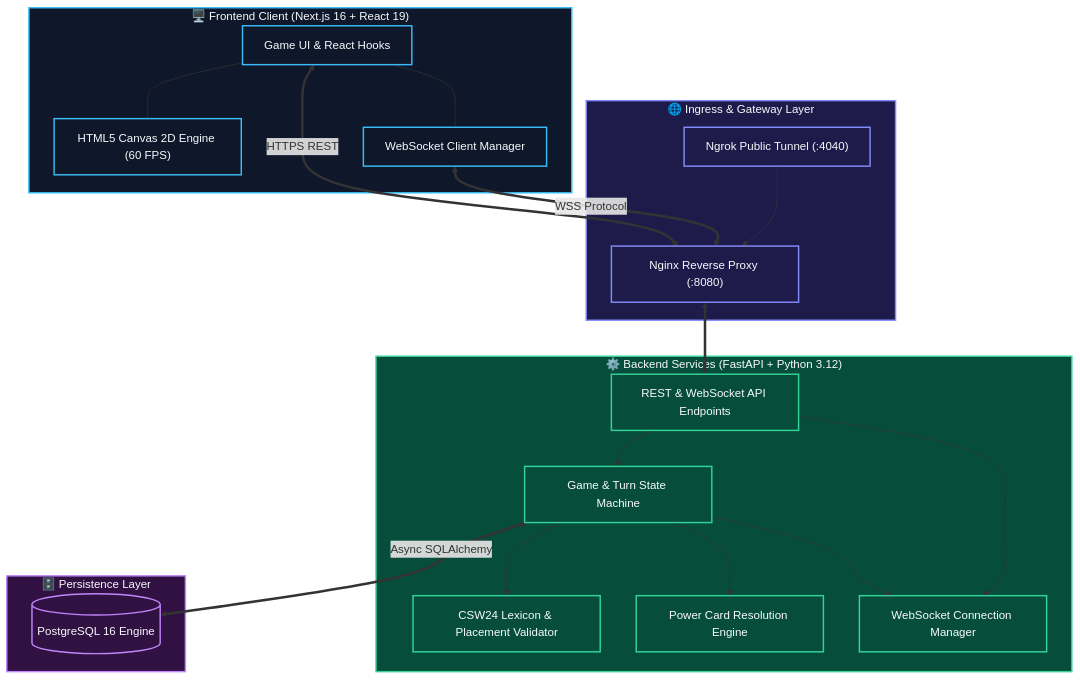
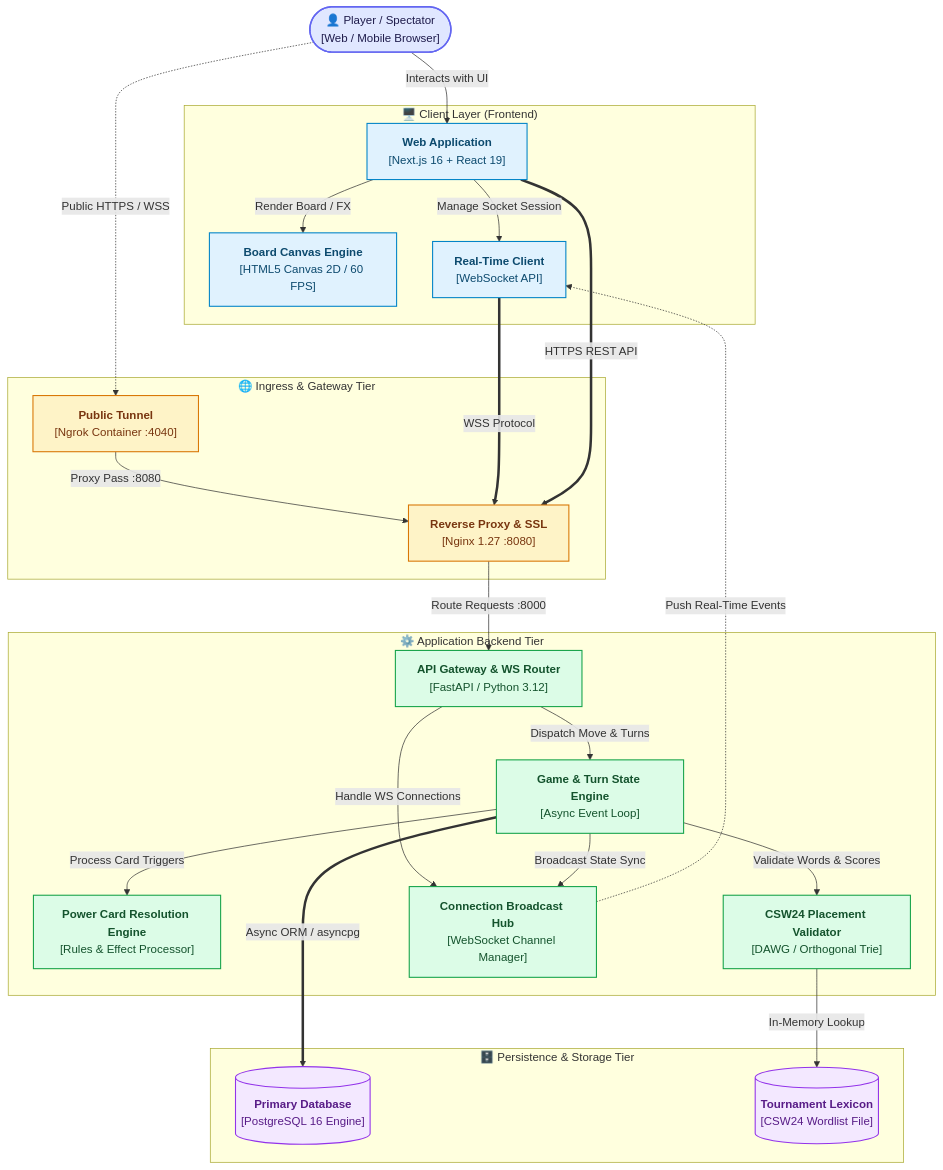
One commit to Cell1991/crossword-game changed the first of 2 diagrams in README.md. Above: the diagram before and after it, drawn with Mermaid. The commit also changed other lines of this file, not shown here.

````diff
--- a/README.md
+++ b/README.md
@@ -142,55 +142,66 @@
 ```mermaid
-flowchart TD
-    %% Client Tier
-    subgraph Client["🖥️ Frontend Client (Next.js 16 + React 19)"]
-        UI["Game UI & React Hooks"]
-        Canvas["HTML5 Canvas 2D Engine (60 FPS)"]
-        WSClient["WebSocket Client Manager"]
-        UI --- Canvas
-        UI --- WSClient
+graph TB
+    %% Actors
+    User(["👤 Player / Spectator<br/>[Web / Mobile Browser]"])
+
+    %% Subgraphs
+    subgraph Client["🖥️ Client Layer (Frontend)"]
+        UI["<b>Web Application</b><br/>[Next.js 16 + React 19]"]
+        Canvas["<b>Board Canvas Engine</b><br/>[HTML5 Canvas 2D / 60 FPS]"]
+        WSClient["<b>Real-Time Client</b><br/>[WebSocket API]"]
     end
 
-    %% Gateway Tier
-    subgraph Gateway["🌐 Ingress & Gateway Layer"]
-        Nginx["Nginx Reverse Proxy (:8080)"]
-        Ngrok["Ngrok Public Tunnel (:4040)"]
-        Ngrok --> Nginx
+    subgraph Gateway["🌐 Ingress & Gateway Tier"]
+        Ngrok["<b>Public Tunnel</b><br/>[Ngrok Container :4040]"]
+        Nginx["<b>Reverse Proxy & SSL</b><br/>[Nginx 1.27 :8080]"]
     end
 
-    %% Backend Tier
-    subgraph Backend["⚙️ Backend Services (FastAPI + Python 3.12)"]
-        Router["REST & WebSocket API Endpoints"]
-        GameEngine["Game & Turn State Machine"]
-        Lexicon["CSW24 Lexicon & Placement Validator"]
-        CardService["Power Card Resolution Engine"]
-        WSHub["WebSocket Connection Manager"]
-        
-        Router --> GameEngine
-        Router --> WSHub
-        GameEngine --> Lexicon
-        GameEngine --> CardService
-        GameEngine --> WSHub
+    subgraph Backend["⚙️ Application Backend Tier"]
+        API["<b>API Gateway & WS Router</b><br/>[FastAPI / Python 3.12]"]
+        GameEngine["<b>Game & Turn State Engine</b><br/>[Async Event Loop]"]
+        CardService["<b>Power Card Resolution Engine</b><br/>[Rules & Effect Processor]"]
+        Validator["<b>CSW24 Placement Validator</b><br/>[DAWG / Orthogonal Trie]"]
+        WSHub["<b>Connection Broadcast Hub</b><br/>[WebSocket Channel Manager]"]
     end
 
-    %% Data Tier
-    subgraph Database["🗄️ Persistence Layer"]
-        PG[("PostgreSQL 16 Engine")]
+    subgraph Data["🗄️ Persistence & Storage Tier"]
+        DB[("<b>Primary Database</b><br/>[PostgreSQL 16 Engine]")]
+        Lexicon[("<b>Tournament Lexicon</b><br/>[CSW24 Wordlist File]")]
     end
 
-    %% Network Interconnections
-    WSClient <==>|WSS Protocol| Nginx
-    UI <==>|HTTPS REST| Nginx
-    Nginx <==> Router
-    GameEngine <==>|Async SQLAlchemy| PG
+    %% Flow Relationships
+    User -->|Interacts with UI| UI
+    UI -->|Render Board / FX| Canvas
+    UI -->|Manage Socket Session| WSClient
 
-    %% Visual Styling
-    classDef clientStyle fill:#0f172a,stroke:#38bdf8,stroke-width:2px,color:#f8fafc;
-    classDef gatewayStyle fill:#1e1b4b,stroke:#818cf8,stroke-width:2px,color:#f8fafc;
-    classDef backendStyle fill:#064e3b,stroke:#34d399,stroke-width:2px,color:#f8fafc;
-    classDef dbStyle fill:#311042,stroke:#c084fc,stroke-width:2px,color:#f8fafc;
+    User -.->|Public HTTPS / WSS| Ngrok
+    Ngrok -->|Proxy Pass :8080| Nginx
+    WSClient ===>|WSS Protocol| Nginx
+    UI ===>|HTTPS REST API| Nginx
 
-    class Client,UI,Canvas,WSClient clientStyle;
-    class Gateway,Nginx,Ngrok gatewayStyle;
-    class Backend,Router,GameEngine,Lexicon,CardService,WSHub backendStyle;
-    class Database,PG dbStyle;
+    Nginx -->|Route Requests :8000| API
+    API -->|Dispatch Move & Turns| GameEngine
+    API -->|Handle WS Connections| WSHub
+
+    GameEngine -->|Process Card Triggers| CardService
+    GameEngine -->|Validate Words & Scores| Validator
+    Validator -->|In-Memory Lookup| Lexicon
+
+    GameEngine -->|Broadcast State Sync| WSHub
+    WSHub -.->|Push Real-Time Events| WSClient
+
+    GameEngine ===>|Async ORM / asyncpg| DB
+
+    %% Clean Minimalist Styling Scheme
+    classDef actorStyle fill:#e0e7ff,stroke:#6366f1,stroke-width:2px,color:#1e1b4b;
+    classDef clientStyle fill:#e0f2fe,stroke:#0284c7,stroke-width:1.5px,color:#0c4a6e;
+    classDef gatewayStyle fill:#fef3c7,stroke:#d97706,stroke-width:1.5px,color:#78350f;
+    classDef backendStyle fill:#dcfce7,stroke:#16a34a,stroke-width:1.5px,color:#14532d;
+    classDef dataStyle fill:#f3e8ff,stroke:#9333ea,stroke-width:1.5px,color:#581c87;
+
+    class User actorStyle;
+    class UI,Canvas,WSClient clientStyle;
+    class Ngrok,Nginx gatewayStyle;
+    class API,GameEngine,CardService,Validator,WSHub backendStyle;
+    class DB,Lexicon dataStyle;
 ```
````
